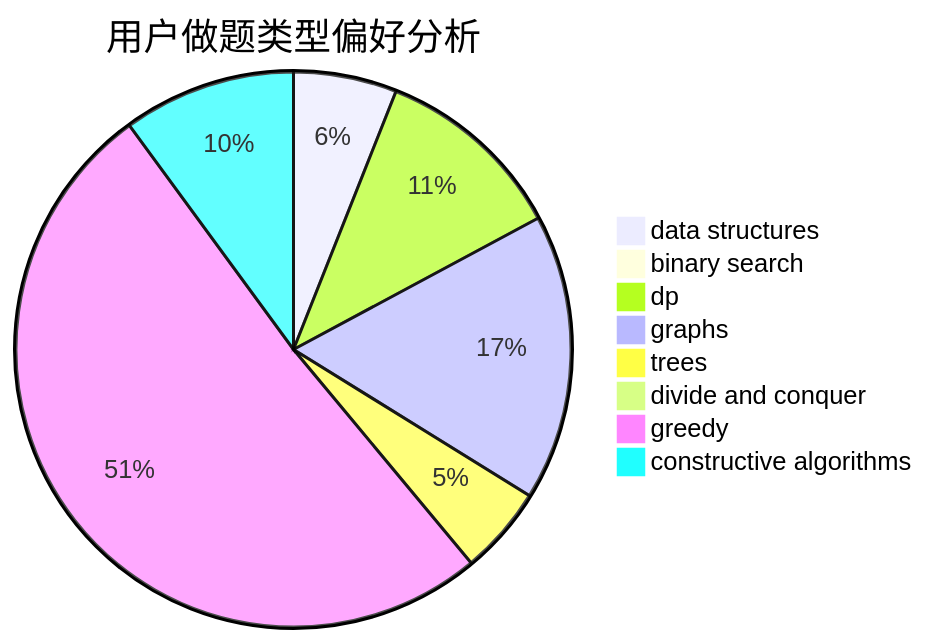
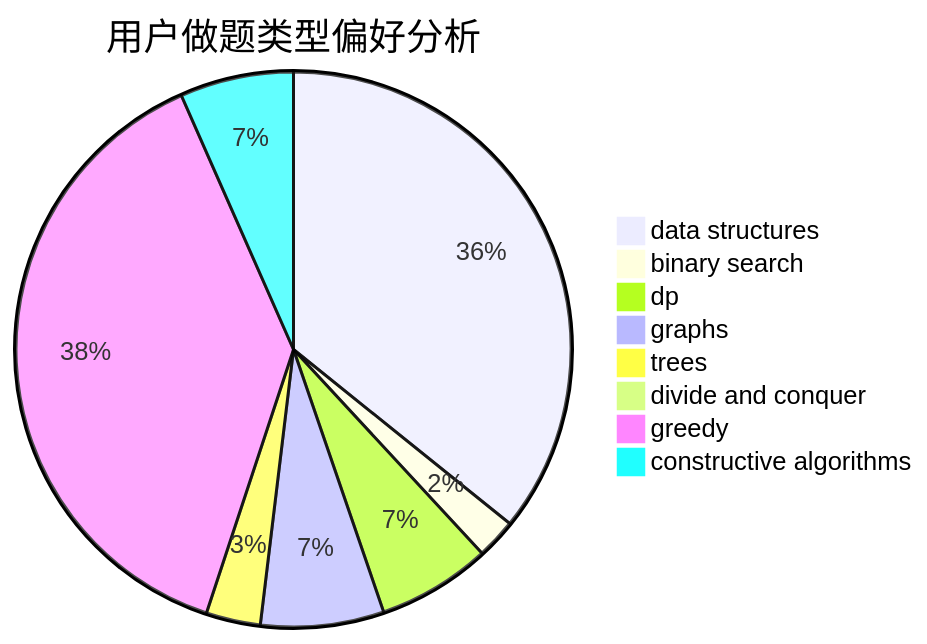
Before and after one commit to sherpahu/cfrs.github.io: the second of 3 diagrams in docs/user/u2056.md, drawn with Mermaid. The commit also changed other lines of this file and 2770 other files, not shown here.

````diff
--- a/docs/user/u2056.md
+++ b/docs/user/u2056.md
@@ -23,11 +23,11 @@
 ```mermaid
 pie title 用户做题类型偏好分析
-    "data structures" :  61
-    "binary search" :  4
-    "dp" :  113
-    "graphs" :  169
-    "trees" :  52
-    "divide and conquer" :  5
-    "greedy" :  517
-    "constructive algorithms" :  102
+    "data structures" :  384
+    "binary search" :  25
+    "dp" :  71
+    "graphs" :  77
+    "trees" :  34
+    "divide and conquer" :  0
+    "greedy" :  411
+    "constructive algorithms" :  71
 ```
````
